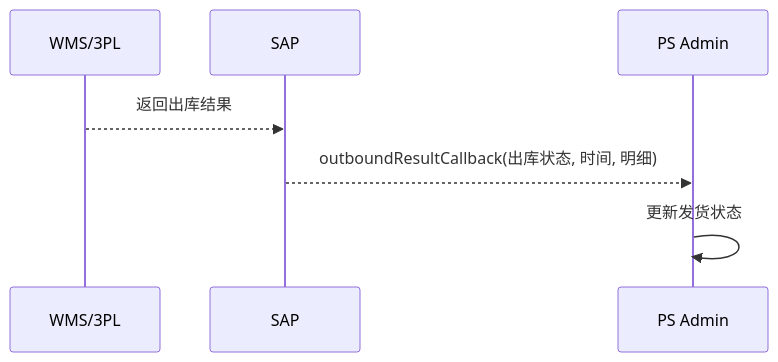
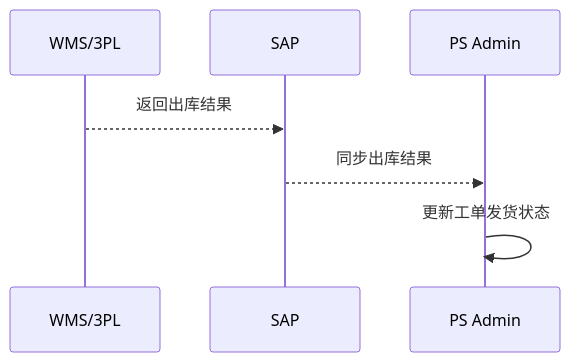
Diagram 20 of 43 in 文档/GM系统需求说明.md (guguohai/gmps), drawn with Mermaid before and after one commit. The commit also changed other lines of this file and 31 other files, not shown here.

````diff
--- a/文档/GM系统需求说明.md
+++ b/文档/GM系统需求说明.md
@@ -911,10 +892,10 @@
 ```mermaid
 sequenceDiagram
     participant WMS as WMS/3PL
     participant SAP as SAP
     participant PS as PS Admin
 
     WMS-->>SAP: 返回出库结果
-    SAP-->>PS: outboundResultCallback(出库状态, 时间, 明细)
-    PS->>PS: 更新发货状态
+    SAP-->>PS: 同步出库结果
+    PS->>PS: 更新工单发货状态
 ```
````
